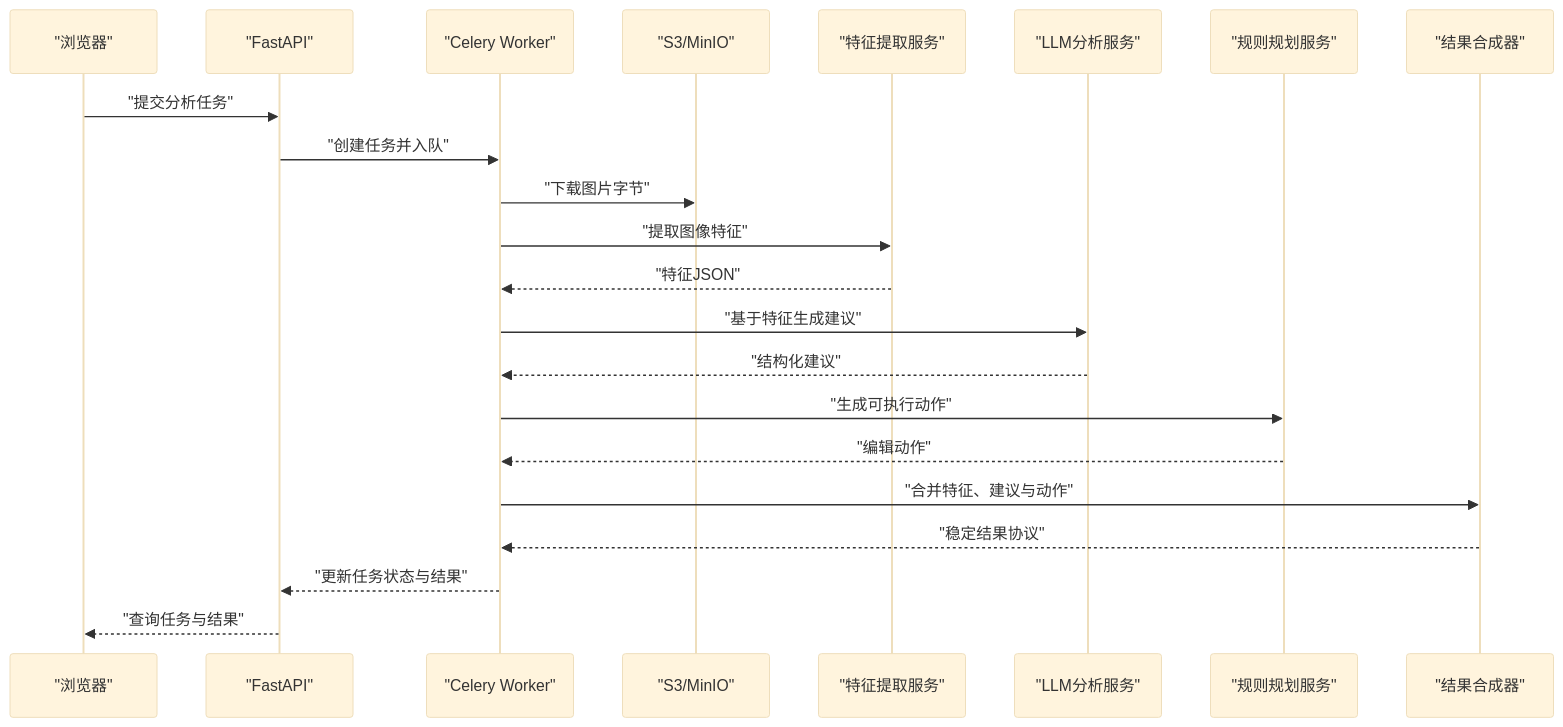
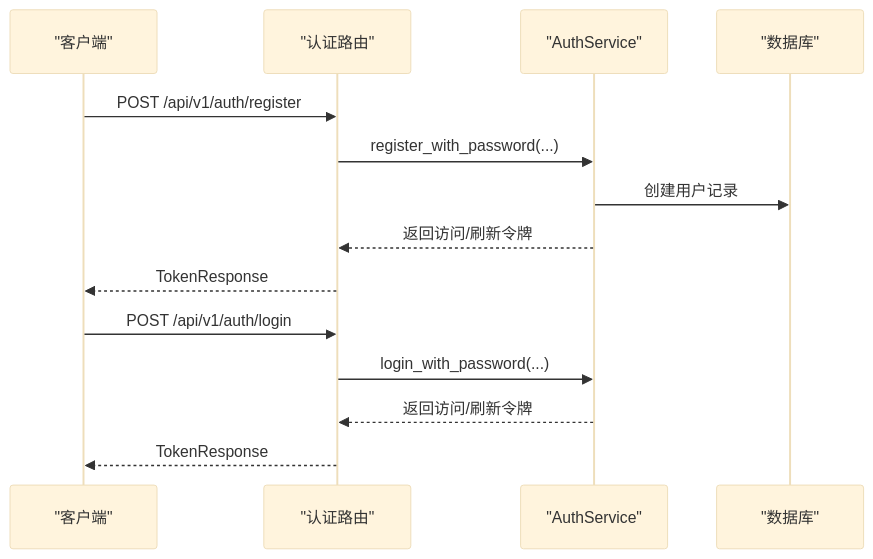
One commit to selectzhangyuan/AI-photo-coach changed the third of 7 diagrams in .qoder/repowiki/zh/content/开发者指南.md. Above: the diagram before and after it, drawn with Mermaid (base theme). The commit also changed other lines of this file and 128 other files, not shown here.

````diff
--- a/.qoder/repowiki/zh/content/开发者指南.md
+++ b/.qoder/repowiki/zh/content/开发者指南.md
@@ -108,24 +202,16 @@
 ```mermaid
 sequenceDiagram
-participant Client as "浏览器"
-participant API as "FastAPI"
-participant Worker as "Celery Worker"
-participant Storage as "S3/MinIO"
-participant CV as "特征提取服务"
-participant LLM as "LLM分析服务"
-participant Rules as "规则规划服务"
-participant Composer as "结果合成器"
-Client->>API : "提交分析任务"
-API->>Worker : "创建任务并入队"
-Worker->>Storage : "下载图片字节"
-Worker->>CV : "提取图像特征"
-CV-->>Worker : "特征JSON"
-Worker->>LLM : "基于特征生成建议"
-LLM-->>Worker : "结构化建议"
-Worker->>Rules : "生成可执行动作"
-Rules-->>Worker : "编辑动作"
-Worker->>Composer : "合并特征、建议与动作"
-Composer-->>Worker : "稳定结果协议"
-Worker-->>API : "更新任务状态与结果"
-API-->>Client : "查询任务与结果"
+participant Client as "客户端"
+participant Router as "认证路由"
+participant Service as "AuthService"
+participant DB as "数据库"
+Client->>Router : POST /api/v1/auth/register
+Router->>Service : register_with_password(...)
+Service->>DB : 创建用户记录
+Service-->>Router : 返回访问/刷新令牌
+Router-->>Client : TokenResponse
+Client->>Router : POST /api/v1/auth/login
+Router->>Service : login_with_password(...)
+Service-->>Router : 返回访问/刷新令牌
+Router-->>Client : TokenResponse
 ```
````
